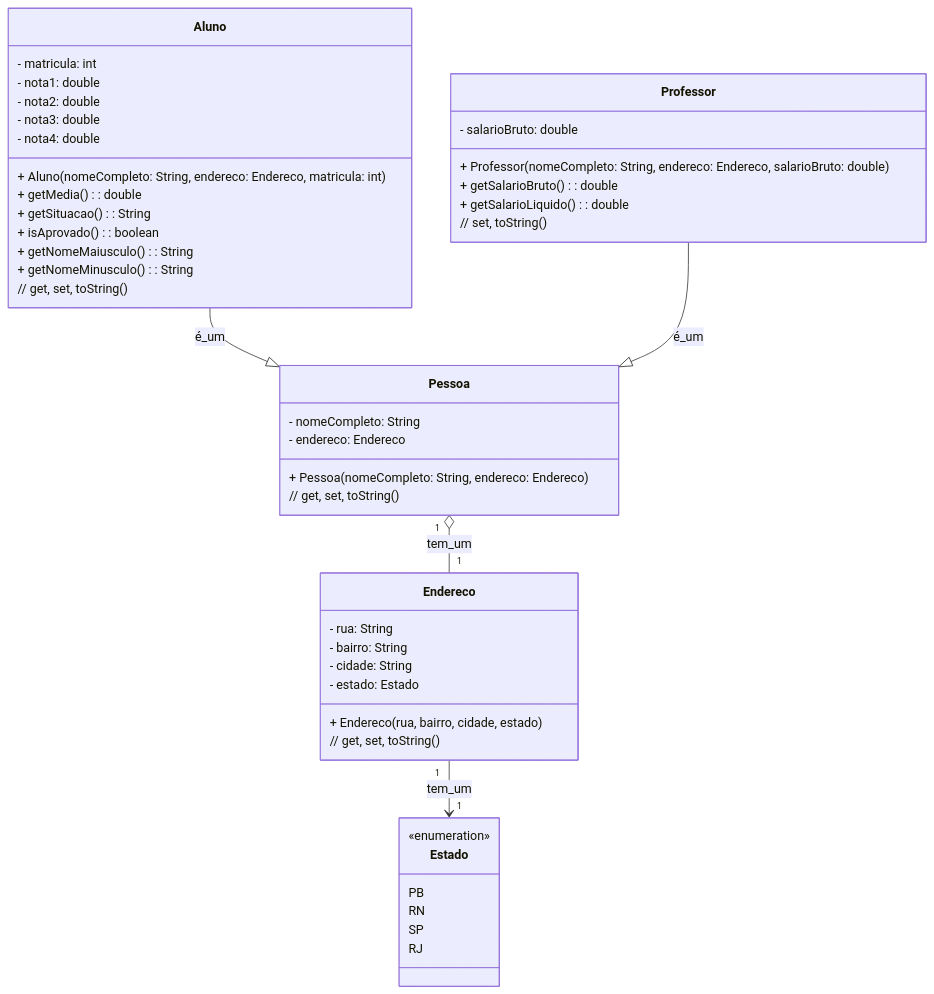
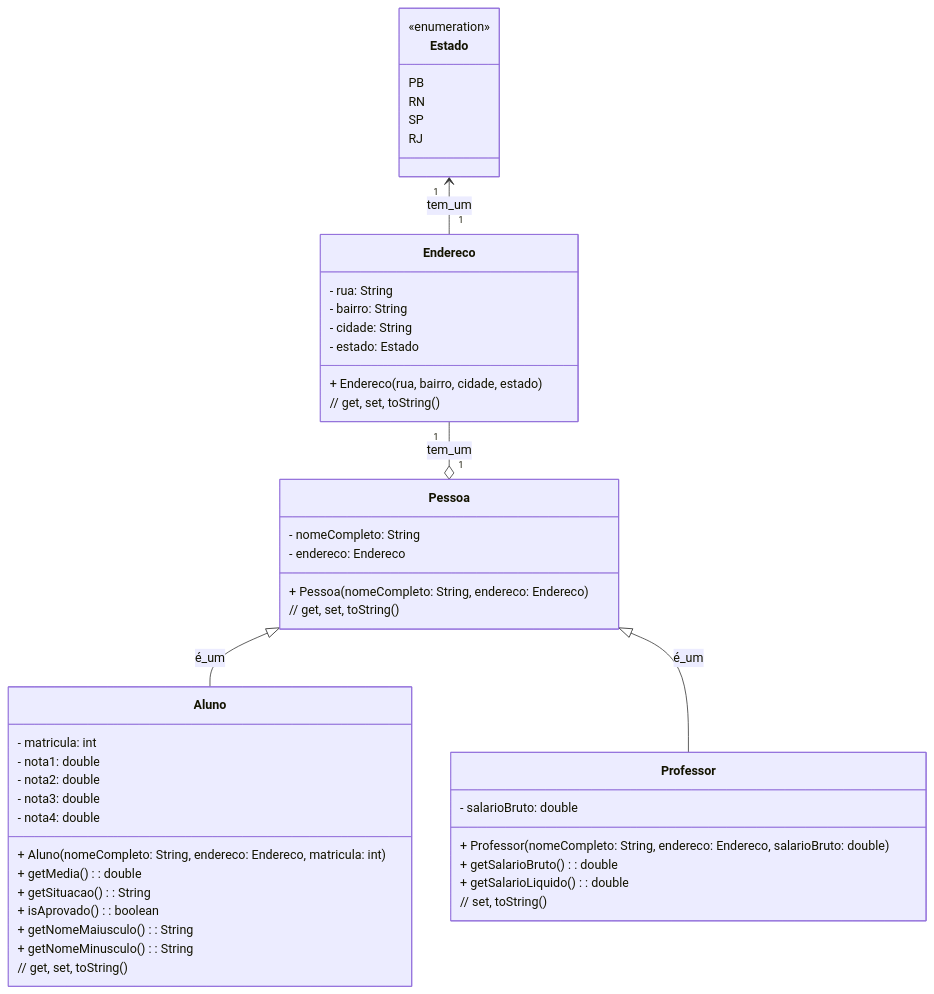
One commit to ap3ufersa/ap3_2026.1_xicoArruda changed the diagram in unidade3/gabaritos/aula11/aula11_2_Pessoa_Aluno_Professor.md. Above: the diagram before and after it, drawn with Mermaid. The commit also changed other lines of this file and 3 other files, not shown here.

````diff
--- a/unidade3/gabaritos/aula11/aula11_2_Pessoa_Aluno_Professor.md
+++ b/unidade3/gabaritos/aula11/aula11_2_Pessoa_Aluno_Professor.md
@@ -104,56 +18,56 @@
 ```mermaid
 classDiagram
-direction TB
+direction BT
 
 class Pessoa {
     - nomeCompleto: String
     - endereco: Endereco
     + Pessoa(nomeCompleto: String, endereco: Endereco)
     // get, set, toString()
 }
 
 class Aluno {
     - matricula: int
     - nota1: double
     - nota2: double
     - nota3: double
     - nota4: double
     + Aluno(nomeCompleto: String, endereco: Endereco, matricula: int)
     + getMedia(): double
     + getSituacao(): String
     + isAprovado(): boolean
     + getNomeMaiusculo(): String
     + getNomeMinusculo(): String
     // get, set, toString()
 }
 
 class Professor {
     - salarioBruto: double
     + Professor(nomeCompleto: String, endereco: Endereco, salarioBruto: double)
     + getSalarioBruto(): double
     + getSalarioLiquido(): double
     // set, toString()
 }
 
 class Endereco {
     - rua: String
     - bairro: String
     - cidade: String
     - estado: Estado
     + Endereco(rua, bairro, cidade, estado)
     // get, set, toString()
 }
 
 class Estado {
     <<enumeration>>
     PB
     RN
     SP
     RJ
 }
 
 Aluno     --|> Pessoa  : é_um
 Professor --|> Pessoa  : é_um
 Pessoa    "1" o-- "1" Endereco : tem_um
 Endereco  "1" --> "1" Estado   : tem_um
 ```
````
